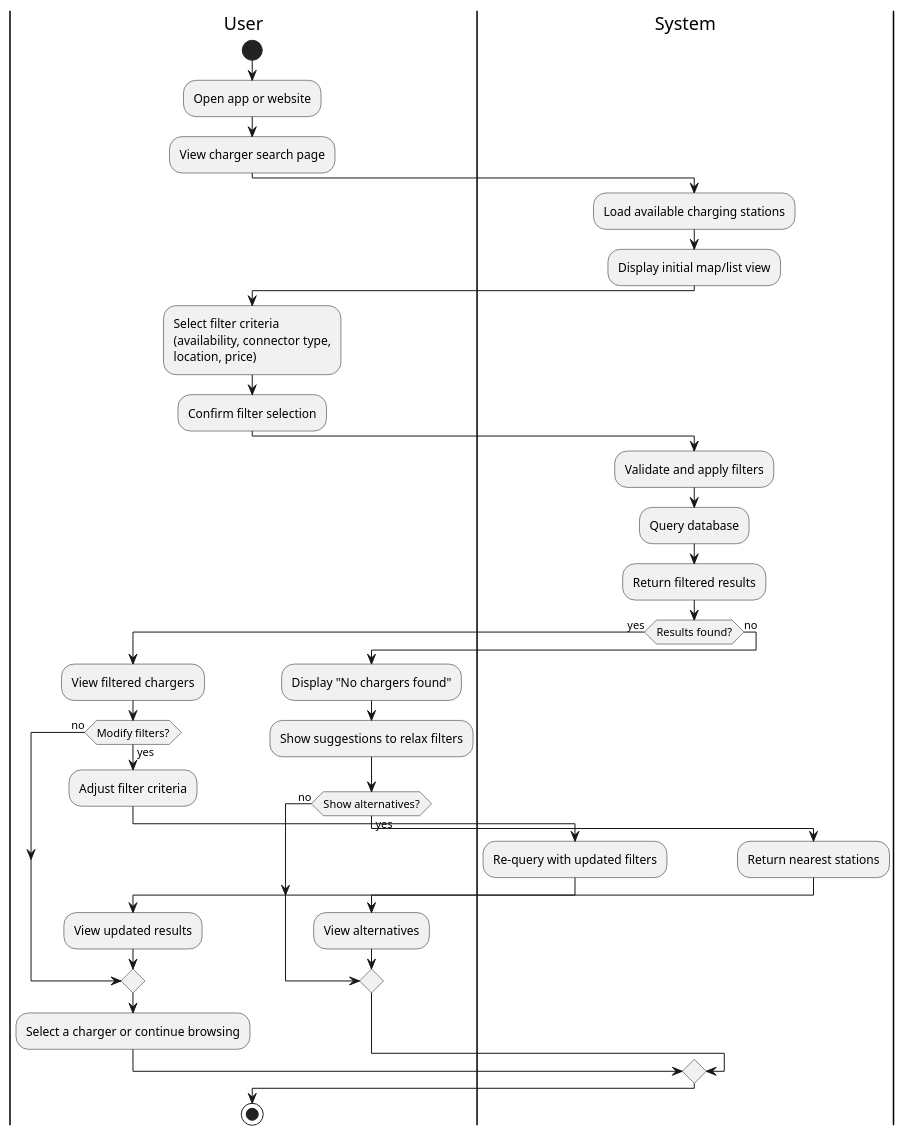
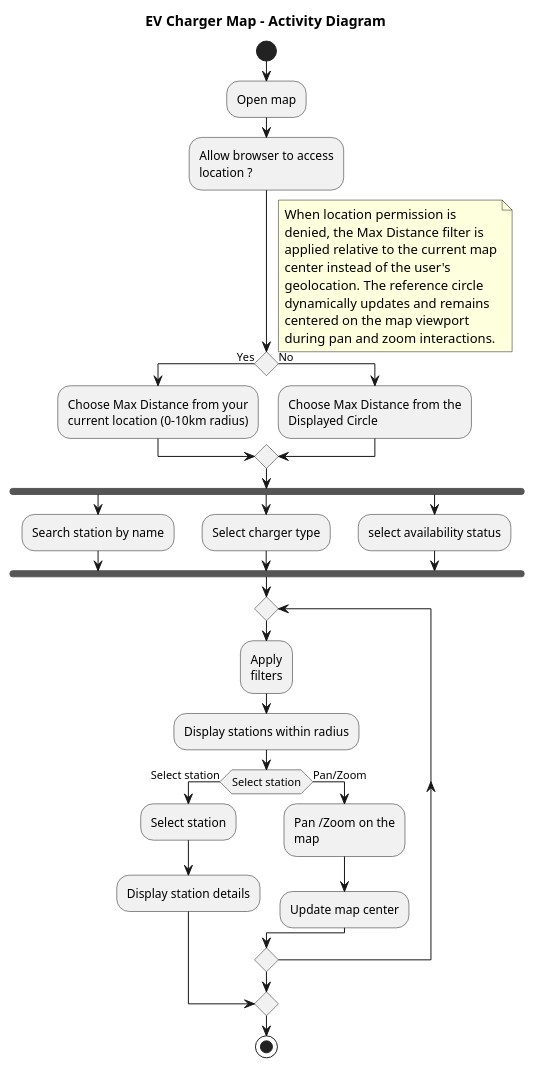
The fifth of 9 diagrams in documentation/srs.md (LedgerGhost/WattApp), drawn with PlantUML before and after one commit. The commit also changed other lines of this file, not shown here.

First line of the commit message:
Revise activity diagrams for charger search

````diff
--- a/documentation/srs.md
+++ b/documentation/srs.md
@@ -520,53 +520,53 @@
 ```plantuml
 @startuml
-|User|
+title EV Charger Map - Activity Diagram
+
 start
-:Open app or website;
-:View charger search page;
+:Open map;
+:Allow browser to access\nlocation ?;
 
-|System|
-:Load available charging stations;
-:Display initial map/list view;
+if () then (Yes)
+  :Choose Max Distance from your\ncurrent location (0-10km radius);
+else (No)
+  :Choose Max Distance from the\nDisplayed Circle;
+endif
 
-|User|
-:Select filter criteria
-(availability, connector type,
-location, price);
-:Confirm filter selection;
+note right
+When location permission is
+denied, the Max Distance filter is
+applied relative to the current map
+center instead of the user's
+geolocation. The reference circle
+dynamically updates and remains
+centered on the map viewport
+during pan and zoom interactions.
+end note
 
-|System|
-:Validate and apply filters;
-:Query database;
-:Return filtered results;
+' --- parallel filter selection (fork/join bars) ---
+fork
+  :Search station by name;
+fork again
+  :Select charger type;
+fork again
+  :select availability status;
+end fork
 
-if (Results found?) then (yes)
-  |User|
-  :View filtered chargers;
-  
-  if (Modify filters?) then (yes)
-    :Adjust filter criteria;
-    |System|
-    :Re-query with updated filters;
-    |User|
-    :View updated results;
-  else (no)
+' --- main interaction loop ---
+repeat
+  :Apply\nfilters;
+  :Display stations within radius;
+
+  if (Select station) then (Select station)
+    :Select station;
+    :Display station details;
+    break
+  else (Pan/Zoom)
+    :Pan /Zoom on the\nmap;
+    :Update map center;
   endif
-  
-  :Select a charger or continue browsing;
-  
-else (no)
-  :Display "No chargers found";
-  :Show suggestions to relax filters;
-  |User|
-  if (Show alternatives?) then (yes)
-    |System|
-    :Return nearest stations;
-    |User|
-    :View alternatives;
-  else (no)
-  endif
-endif
+
+repeat while ( ) is ( )
 
 stop
 @enduml
 ```
````
